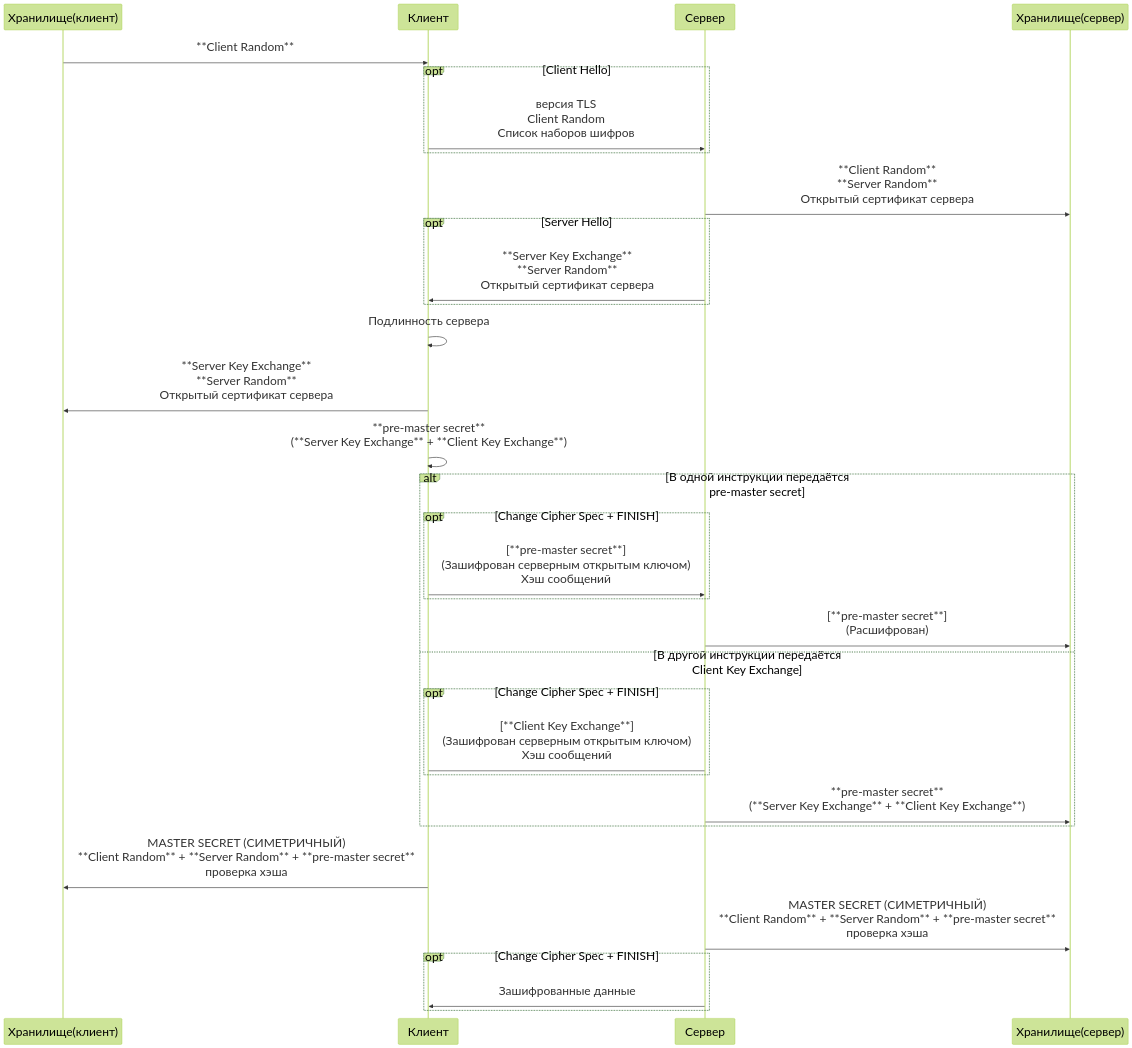
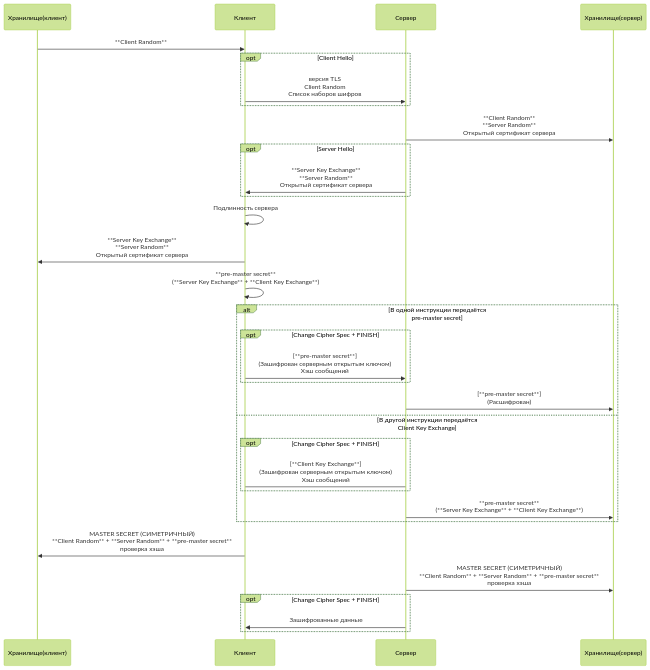
Before and after one commit to Firzen475/Common: the diagram in linux/net/Теория/https запрос (поправить форматирование).md, drawn with Mermaid.

````diff
--- a/linux/net/Теория/https запрос (поправить форматирование).md
+++ b/linux/net/Теория/https запрос (поправить форматирование).md
@@ -27,40 +27,40 @@
 ```mermaid
 %%{init: {
   'theme': 'forest',
-  'fontSize': '30',
-  'themeCSS': 'text { font-size: 30px !important; }',
+  'fontSize': 'dark',
+  'themeCSS': 'text { font-size: 60px !important; }',
   'fontFamily': 'sans-serif',
   'sequence': {
 
   }
 }}%%
 sequenceDiagram
     Хранилище(клиент) ->> Клиент: **Client Random**
     opt Client Hello
         Клиент->>Сервер: версия TLS<br>Client Random<br>Список наборов шифров
     end
     Сервер ->> Хранилище(сервер): **Client Random**<br>**Server Random**<br>Открытый сертификат сервера
     opt Server Hello
         Сервер->>Клиент: **Server Key Exchange**<br>**Server Random**<br>Открытый сертификат сервера
     end
     Клиент->>Клиент: Подлинность сервера
     Клиент->>Хранилище(клиент): **Server Key Exchange**<br>**Server Random**<br>Открытый сертификат сервера
     Клиент ->> Клиент: **pre-master secret**<br>(**Server Key Exchange** + **Client Key Exchange**)
     alt В одной инструкции передаётся<br>pre-master secret
         opt Change Cipher Spec + FINISH
             Клиент->>Сервер: [**pre-master secret**]<br>(Зашифрован серверным открытым ключом)<br>Хэш сообщений
         end
         Сервер ->> Хранилище(сервер): [**pre-master secret**]<br>(Расшифрован)
     else В другой инструкции передаётся<br>Client Key Exchange
         opt Change Cipher Spec + FINISH
             Клиент->Сервер: [**Client Key Exchange**]<br>(Зашифрован серверным открытым ключом)<br>Хэш сообщений
         end
         Сервер ->> Хранилище(сервер): **pre-master secret**<br>(**Server Key Exchange** + **Client Key Exchange**)
     end
     Клиент ->> Хранилище(клиент): MASTER SECRET (СИМЕТРИЧНЫЙ)<br> **Client Random** + **Server Random** + **pre-master secret**<br>проверка хэша
     Сервер ->> Хранилище(сервер): MASTER SECRET (СИМЕТРИЧНЫЙ)<br> **Client Random** + **Server Random** + **pre-master secret**<br>проверка хэша
     opt Change Cipher Spec + FINISH
         Сервер ->> Клиент: Зашифрованные данные
     end
 
 ```
````
